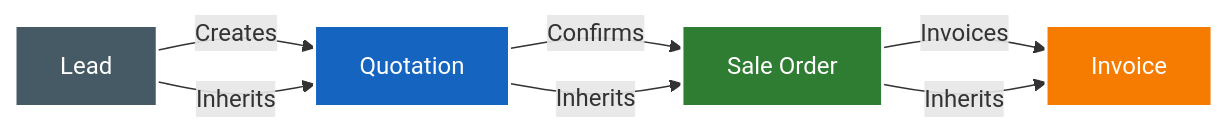
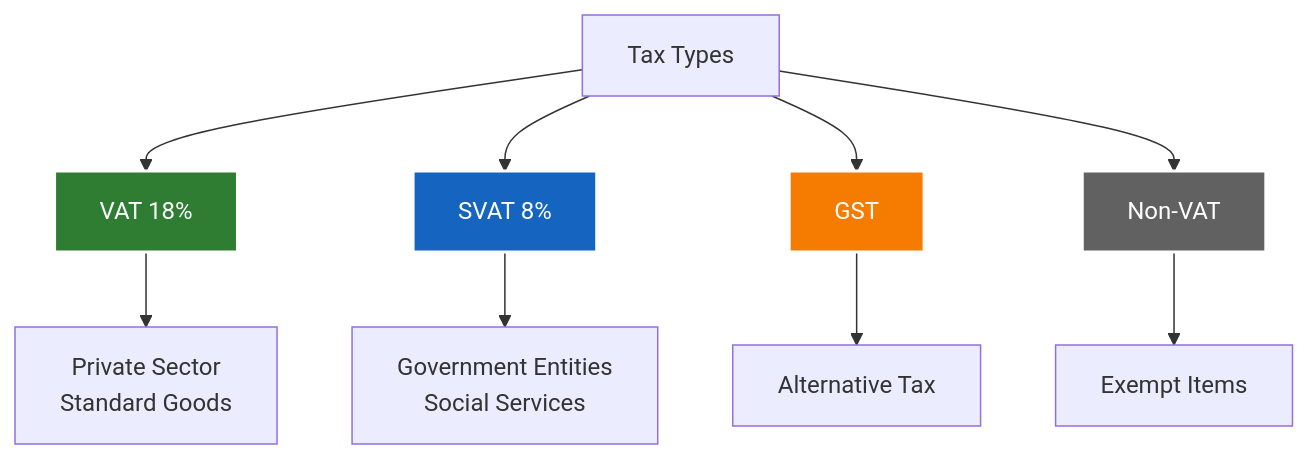
The tenth of 11 diagrams in lablink/Document/LABLINK_CUSTOM_DEVELOPMENTS_MANUAL.md (centrics-lakshitha/development_documentation), drawn with Mermaid before and after one commit. The commit also changed other lines of this file, not shown here.

````diff
--- a/lablink/Document/LABLINK_CUSTOM_DEVELOPMENTS_MANUAL.md
+++ b/lablink/Document/LABLINK_CUSTOM_DEVELOPMENTS_MANUAL.md
@@ -729,15 +752,17 @@
 ```mermaid
-graph LR
-    A[Lead] -->|Creates| B[Quotation]
-    B -->|Confirms| C[Sale Order]
-    C -->|Invoices| D[Invoice]
+graph TD
+    A[Tax Types] --> B[VAT 18%]
+    A --> C[SVAT 8%]
+    A --> D[GST]
+    A --> E[Non-VAT]
 
-    A -->|Inherits| B
-    B -->|Inherits| C
-    C -->|Inherits| D
+    B --> B1[Private Sector<br/>Standard Goods]
+    C --> C1[Government Entities<br/>Social Services]
+    D --> D1[Alternative Tax]
+    E --> E1[Exempt Items]
 
-    style A fill:#455A64,stroke:#fff,stroke-width:2px,color:#fff
-    style B fill:#1565C0,stroke:#fff,stroke-width:2px,color:#fff
-    style C fill:#2E7D32,stroke:#fff,stroke-width:2px,color:#fff
+    style B fill:#2E7D32,stroke:#fff,stroke-width:2px,color:#fff
+    style C fill:#1565C0,stroke:#fff,stroke-width:2px,color:#fff
     style D fill:#F57C00,stroke:#fff,stroke-width:2px,color:#fff
+    style E fill:#616161,stroke:#fff,stroke-width:2px,color:#fff
 ```
````
